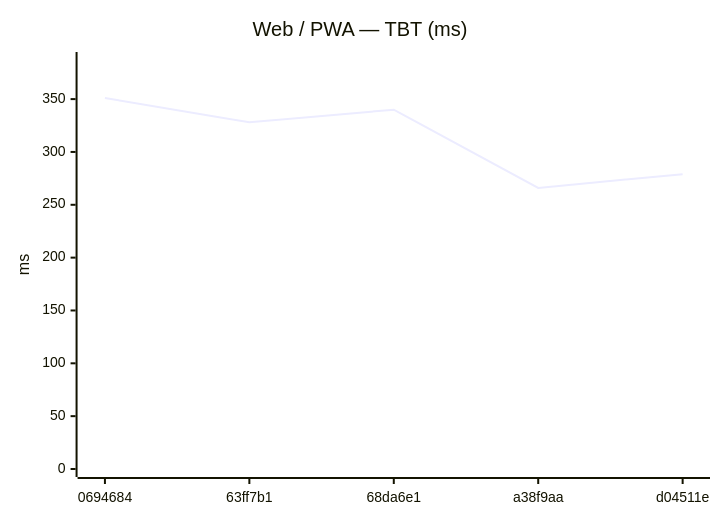
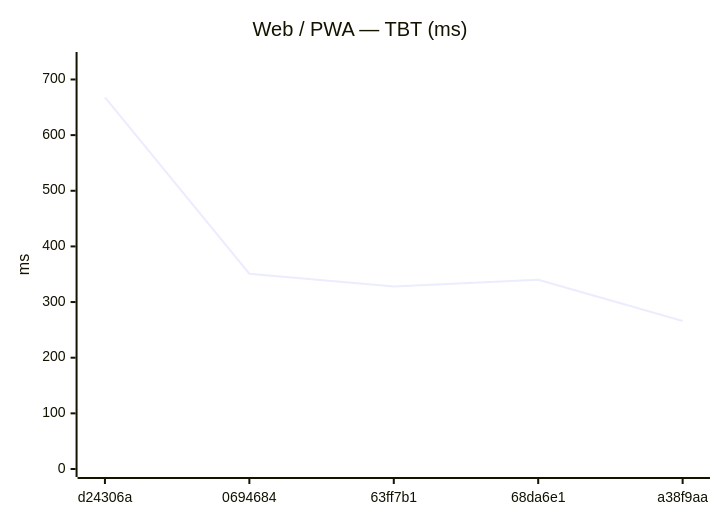
One commit to Metaheurist/Rianell changed the eighth of 18 diagrams in benchmarks/compare.md. Above: the diagram before and after it, drawn with Mermaid. The commit also changed other lines of this file and 11 other files, not shown here.

````diff
--- a/benchmarks/compare.md
+++ b/benchmarks/compare.md
@@ -124,7 +124,7 @@
 ```mermaid
 xychart-beta
     title "Web / PWA — TBT (ms)"
-    x-axis ["0694684", "63ff7b1", "68da6e1", "a38f9aa", "d04511e"]
-    y-axis "ms" 0 --> 387
-    line [351, 328, 340, 266, 279]
+    x-axis ["d24306a", "0694684", "63ff7b1", "68da6e1", "a38f9aa"]
+    y-axis "ms" 0 --> 735
+    line [668, 351, 328, 340, 266]
 ```
````
